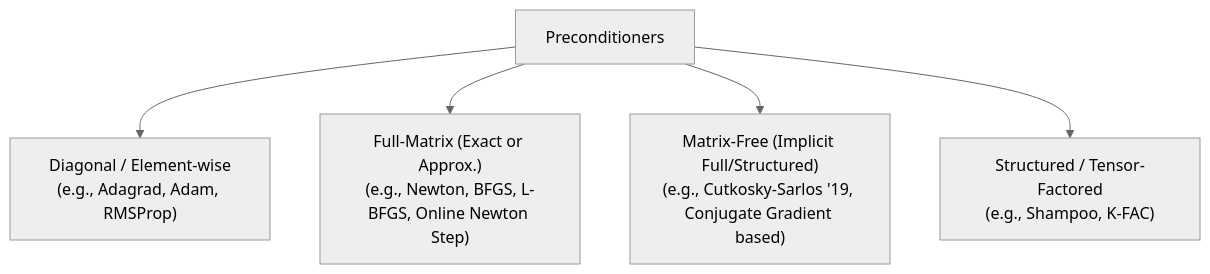
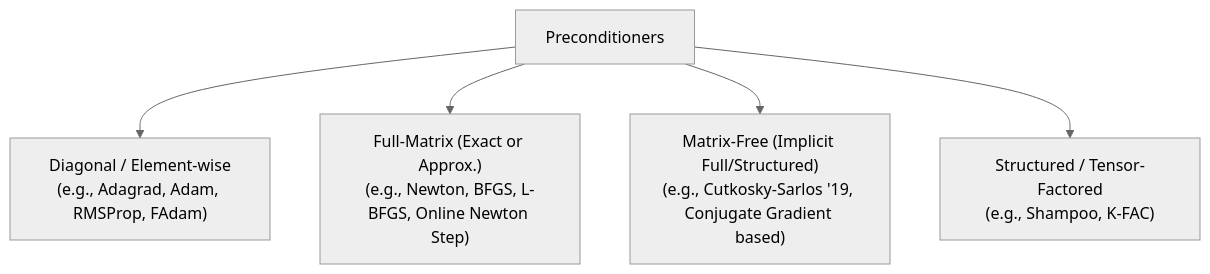
Before and after one commit to JiHa-Kim/jiha-kim.github.io: the diagram in collections/_series/optimization-theory-for-machine-learning/10-adaptive-methods-preconditioning.md, drawn with Mermaid (neutral theme). The commit also changed other lines of this file and 4 other files, not shown here.

````diff
--- a/collections/_series/optimization-theory-for-machine-learning/10-adaptive-methods-preconditioning.md
+++ b/collections/_series/optimization-theory-for-machine-learning/10-adaptive-methods-preconditioning.md
@@ -325,7 +199,7 @@
     ```mermaid
     flowchart TD
-        A[Preconditioners] --> B["Diagonal / Element-wise\n(e.g., Adagrad, Adam, RMSProp)"]
-        A --> C["Full-Matrix (Exact or Approx.)\n(e.g., Newton, BFGS, L-BFGS, Online Newton Step)"]
-        A --> D["Matrix-Free (Implicit Full/Structured)\n(e.g., Cutkosky-Sarlos '19, Conjugate Gradient based)"]
-        A --> E["Structured / Tensor-Factored\n(e.g., Shampoo, K-FAC)"]
+        A[Preconditioners] --> B["Diagonal / Element-wise<br>(e.g., Adagrad, Adam, RMSProp, FAdam)"]
+        A --> C["Full-Matrix (Exact or Approx.)<br>(e.g., Newton, BFGS, L-BFGS, Online Newton Step)"]
+        A --> D["Matrix-Free (Implicit Full/Structured)<br>(e.g., Cutkosky-Sarlos '19, Conjugate Gradient based)"]
+        A --> E["Structured / Tensor-Factored<br>(e.g., Shampoo, K-FAC)"]
     ```
````
